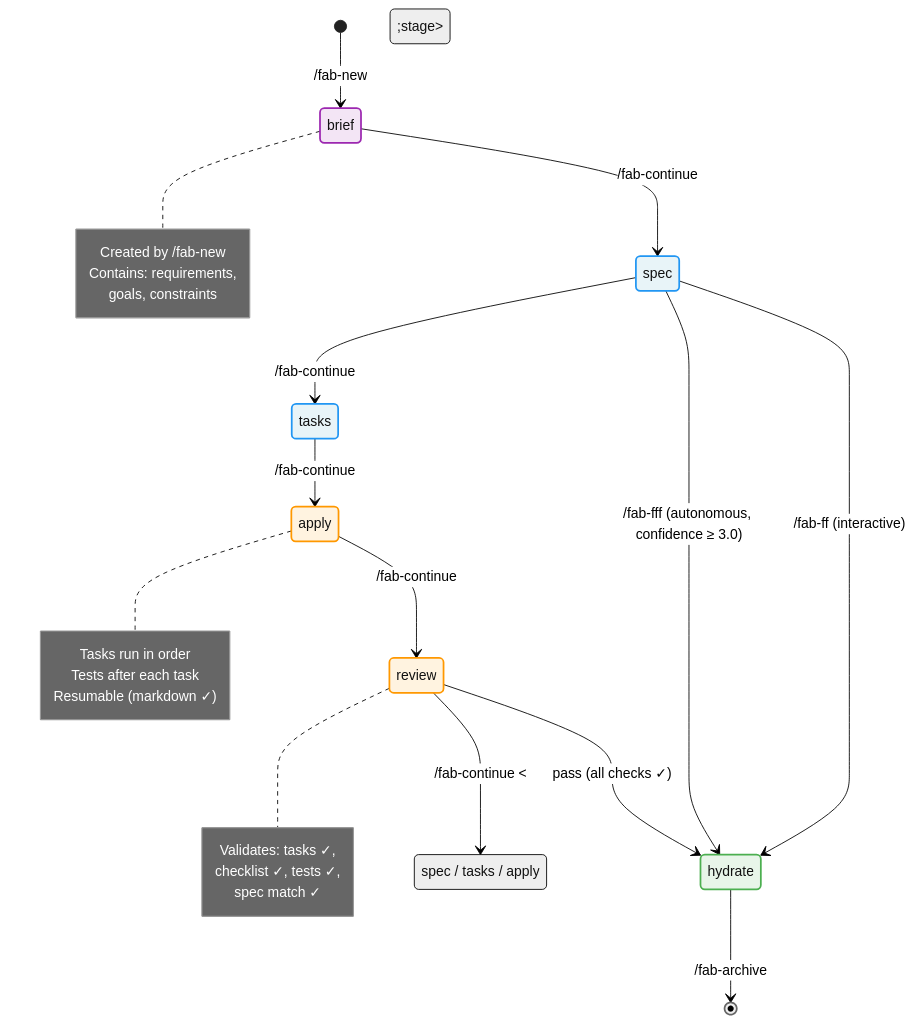
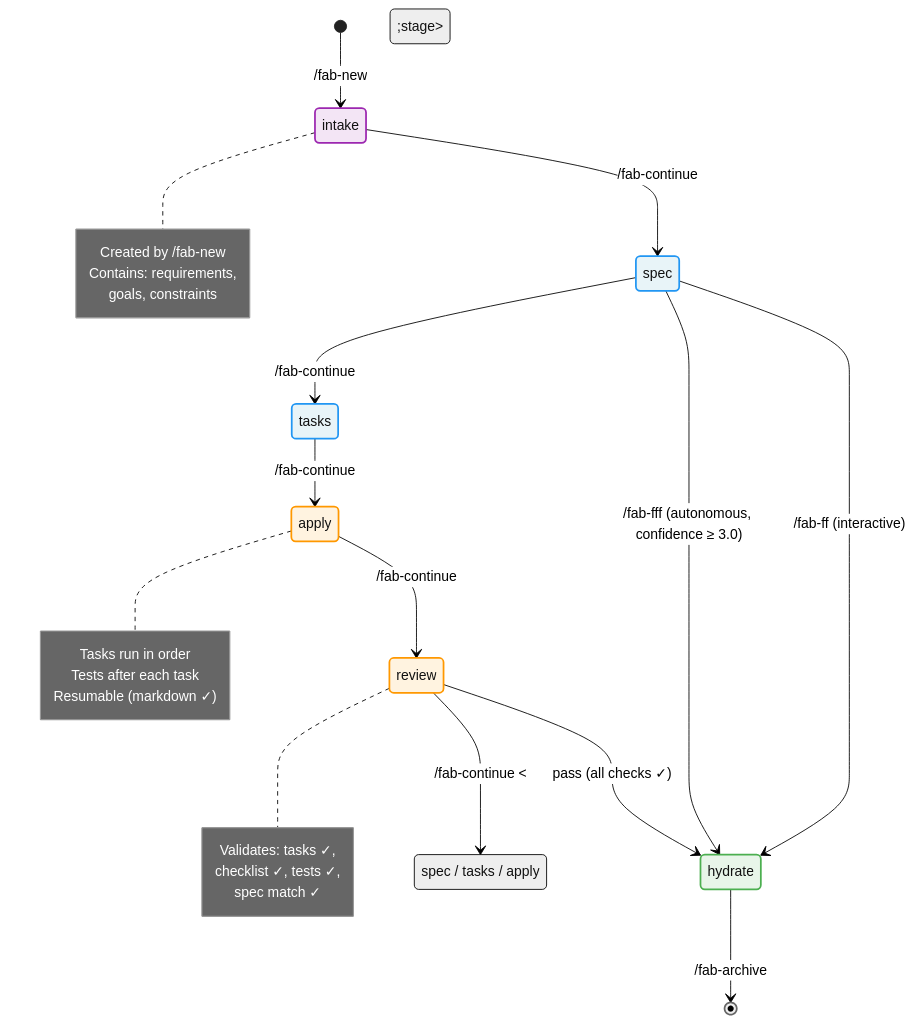
One commit to sahil87/fab-kit changed the fourth of 4 diagrams in docs/specs/user-flow.md. Above: the diagram before and after it, drawn with Mermaid (neutral theme). The commit also changed other lines of this file and 38 other files, not shown here.

First line of the commit message:
Rename brief stage to intake across fab-kit pipeline (#96)

````diff
--- a/docs/specs/user-flow.md
+++ b/docs/specs/user-flow.md
@@ -175,52 +175,52 @@
 ```mermaid
 stateDiagram-v2
     direction TB
 
-    [*] --> brief: /fab-new
+    [*] --> intake: /fab-new
 
-    brief --> spec: /fab-continue
+    intake --> spec: /fab-continue
 
     spec --> tasks: /fab-continue
     spec --> hydrate: /fab-ff (interactive)
     spec --> hydrate: /fab-fff (autonomous, confidence ≥ 3.0)
 
     tasks --> apply: /fab-continue
 
     apply --> review: /fab-continue
 
     review --> hydrate: pass (all checks ✓)
     review --> earlier_stage: /fab-continue &lt;stage&gt;
 
     state "spec / tasks / apply" as earlier_stage
 
     hydrate --> [*]: /fab-archive
 
-    note right of brief
+    note right of intake
         Created by /fab-new
         Contains: requirements,
         goals, constraints
     end note
 
     note right of apply
         Tasks run in order
         Tests after each task
         Resumable (markdown ✓)
     end note
 
     note right of review
         Validates: tasks ✓,
         checklist ✓, tests ✓,
         spec match ✓
     end note
 
     %% Styles
     classDef planning fill:#e8f4f8,stroke:#2196F3,stroke-width:2px
     classDef execution fill:#fff3e0,stroke:#FF9800,stroke-width:2px
     classDef completion fill:#e8f5e9,stroke:#4CAF50,stroke-width:2px
     classDef input fill:#f3e5f5,stroke:#9C27B0,stroke-width:2px
 
-    class brief input
+    class intake input
     class spec,tasks planning
     class apply,review execution
     class hydrate completion
 ```
````
